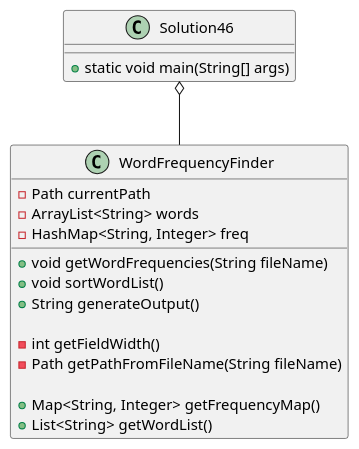
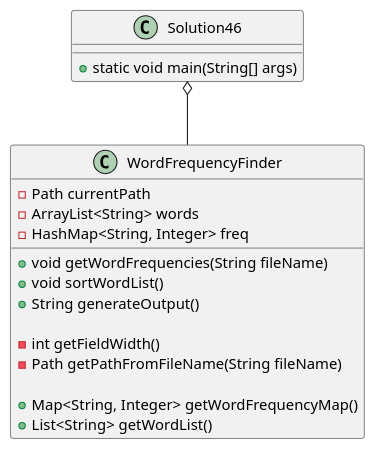
The diagram in exercise46/docs/class_diagram.puml (ethandrzb/thomas-a04), drawn with PlantUML before and after one commit. The commit also changed 4 other files, not shown here.

Commit message:
Updated UML diagram

```diff
--- a/exercise46/docs/class_diagram.puml
+++ b/exercise46/docs/class_diagram.puml
@@ -1,33 +1,33 @@
 @startuml
 'https://plantuml.com/class-diagram
 
 class Solution46
 {
     +static void main(String[] args)
 }
 
 class WordFrequencyFinder
 {
     ' Fields
     -Path currentPath
     -ArrayList<String> words
     -HashMap<String, Integer> freq
 
     ' User interface
     +void getWordFrequencies(String fileName)
     +void sortWordList()
     +String generateOutput()
 
     ' Helper methods
     -int getFieldWidth()
     -Path getPathFromFileName(String fileName)
 
     ' Accessor methods for testing
-    +Map<String, Integer> getFrequencyMap()
+    +Map<String, Integer> getWordFrequencyMap()
     +List<String> getWordList()
     
 }
 
 Solution46 o-- WordFrequencyFinder
 
 @enduml
```
